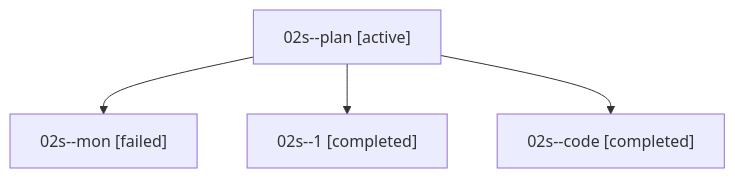
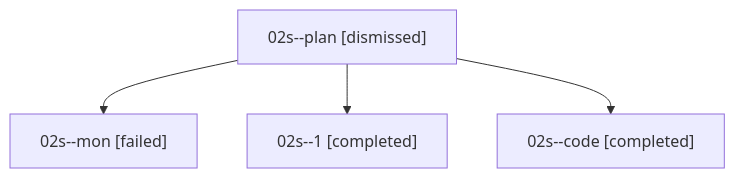
One commit to sase-org/sase--agents changed the diagram in sessions/bbugyi200.athena.02s.md. Above: the diagram before and after it, drawn with Mermaid. The commit also changed other lines of this file and 24 other files, not shown here.

````diff
--- a/sessions/bbugyi200.athena.02s.md
+++ b/sessions/bbugyi200.athena.02s.md
@@ -9,10 +9,10 @@
 ```mermaid
 flowchart TD
-  n0["02s--plan [active]"]
+  n0["02s--plan [dismissed]"]
   n1["02s--mon [failed]"]
   n0 --> n1
   n2["02s--1 [completed]"]
   n0 --> n2
   n3["02s--code [completed]"]
   n0 --> n3
 ```
````
